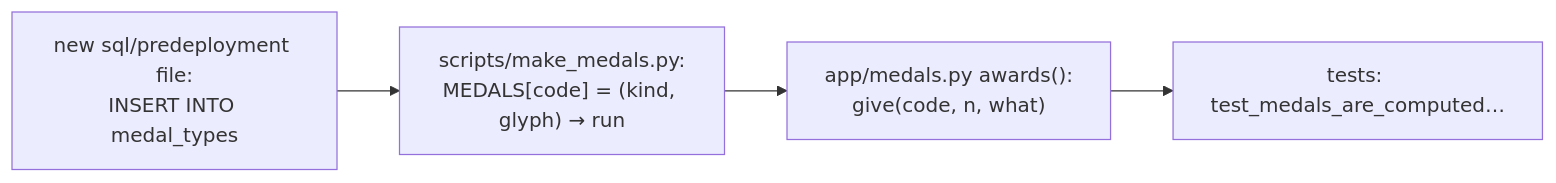
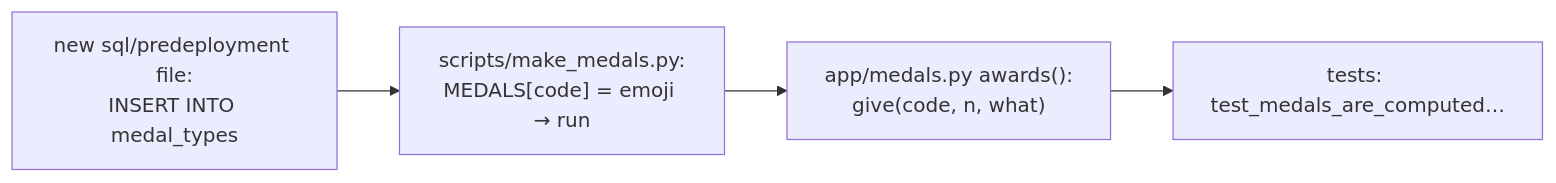
One commit to Sorrycion/PadelScore changed the diagram in .claude/skills/padelscore-medal/SKILL.md. Above: the diagram before and after it, drawn with Mermaid. The commit also changed other lines of this file and 31 other files, not shown here.

````diff
--- a/.claude/skills/padelscore-medal/SKILL.md
+++ b/.claude/skills/padelscore-medal/SKILL.md
@@ -10,6 +10,6 @@
 ```mermaid
 flowchart LR
-    SQL["new sql/predeployment file:<br/>INSERT INTO medal_types"] --> IMG["scripts/make_medals.py:<br/>MEDALS[code] = (kind, glyph) → run"]
+    SQL["new sql/predeployment file:<br/>INSERT INTO medal_types"] --> IMG["scripts/make_medals.py:<br/>MEDALS[code] = emoji → run"]
     IMG --> RULE["app/medals.py awards():<br/>give(code, n, what)"]
     RULE --> TEST["tests: test_medals_are_computed…"]
 ```
````
